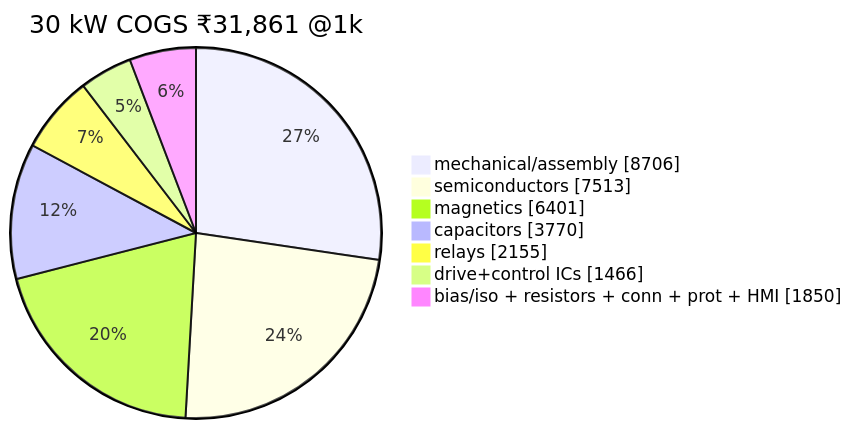
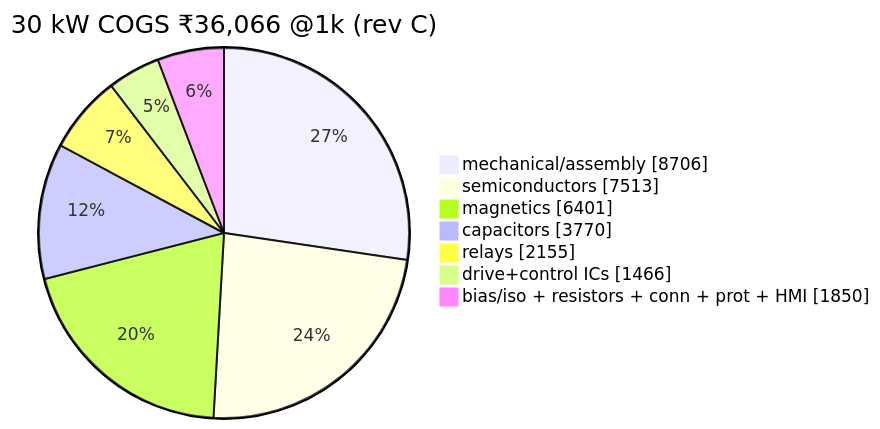
The second of 2 diagrams in docs/bom-guide.md (vectivolt/DC-Modules), drawn with Mermaid before and after one commit. The commit also changed other lines of this file and 11 other files, not shown here.

First line of the commit message:
rev C complete: six boards rebuilt, BOM regenerated (100% matched), COGS restated honestly

````diff
--- a/docs/bom-guide.md
+++ b/docs/bom-guide.md
@@ -20,10 +20,10 @@
 ```mermaid
-pie showData title 30 kW COGS ₹31,861 @1k
+pie showData title 30 kW COGS ₹36,066 @1k (rev C)
   "mechanical/assembly" : 8706
   "semiconductors" : 7513
   "magnetics" : 6401
   "capacitors" : 3770
   "relays" : 2155
   "drive+control ICs" : 1466
   "bias/iso + resistors + conn + prot + HMI" : 1850
 ```
````
